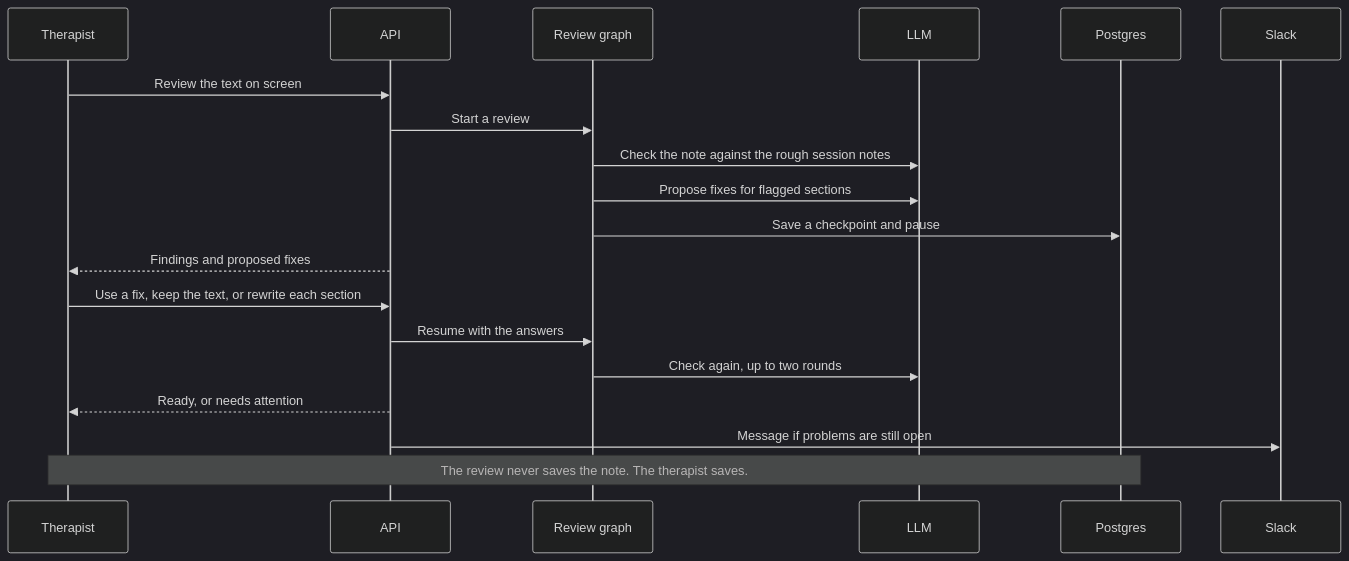
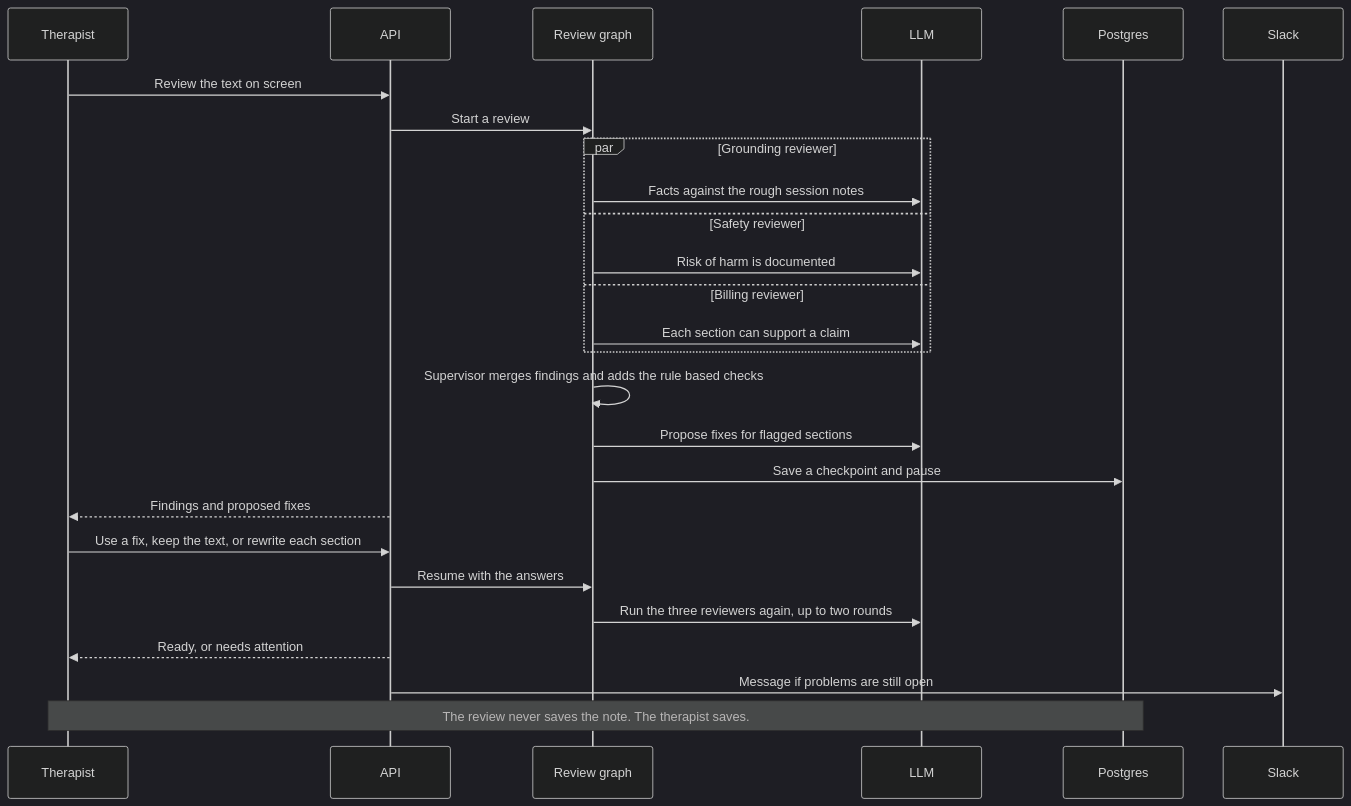
The third of 4 diagrams in README.md (ckwan/note_loop), drawn with Mermaid (dark theme) before and after one commit. The commit also changed other lines of this file, not shown here.

````diff
--- a/README.md
+++ b/README.md
@@ -53,21 +123,28 @@
 ```mermaid
 sequenceDiagram
     participant U as Therapist
     participant A as API
     participant G as Review graph
     participant L as LLM
     participant D as Postgres
     participant S as Slack
     U->>A: Review the text on screen
     A->>G: Start a review
-    G->>L: Check the note against the rough session notes
+    par Grounding reviewer
+        G->>L: Facts against the rough session notes
+    and Safety reviewer
+        G->>L: Risk of harm is documented
+    and Billing reviewer
+        G->>L: Each section can support a claim
+    end
+    G->>G: Supervisor merges findings and adds the rule based checks
     G->>L: Propose fixes for flagged sections
     G->>D: Save a checkpoint and pause
     A-->>U: Findings and proposed fixes
     U->>A: Use a fix, keep the text, or rewrite each section
     A->>G: Resume with the answers
-    G->>L: Check again, up to two rounds
+    G->>L: Run the three reviewers again, up to two rounds
     A-->>U: Ready, or needs attention
     A->>S: Message if problems are still open
     Note over U,D: The review never saves the note. The therapist saves.
 ```
````
